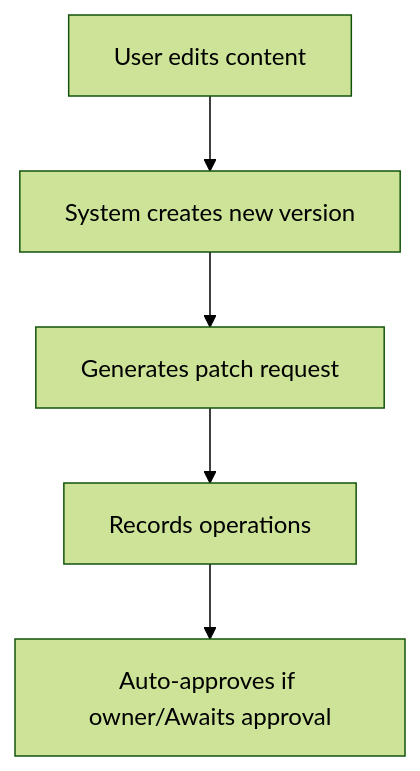
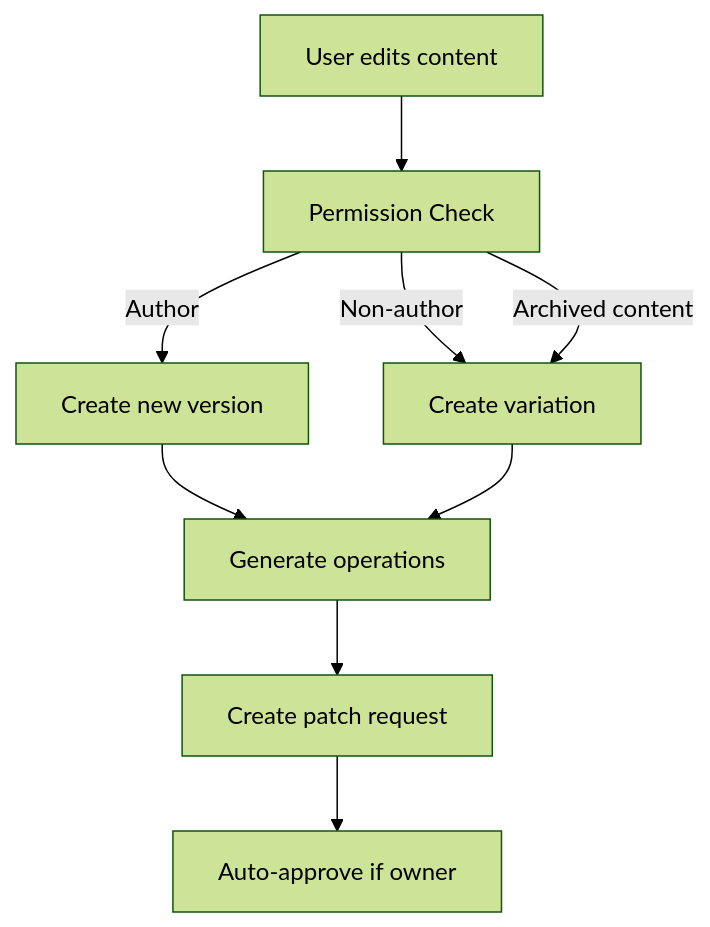
One commit to VisioncreatorEarth/visioncreator changed the sixth of 7 diagrams in apps/app/src/routes/local/documentation/COMPOSITES-ARCHITECTURE.md. Above: the diagram before and after it, drawn with Mermaid (forest theme). The commit also changed other lines of this file and 5 other files, not shown here.

````diff
--- a/apps/app/src/routes/local/documentation/COMPOSITES-ARCHITECTURE.md
+++ b/apps/app/src/routes/local/documentation/COMPOSITES-ARCHITECTURE.md
@@ -375,7 +394,11 @@
 ```mermaid
 graph TD
-    A[User edits content] --> B[System creates new version]
-    B --> C[Generates patch request]
-    C --> D[Records operations]
-    D --> E[Auto-approves if owner/Awaits approval]
+    A[User edits content] --> B[Permission Check]
+    B -->|Author| C[Create new version]
+    B -->|Non-author| D[Create variation]
+    B -->|Archived content| D[Create variation]
+    C --> E[Generate operations]
+    D --> E
+    E --> F[Create patch request]
+    F --> G[Auto-approve if owner]
 ```
````
